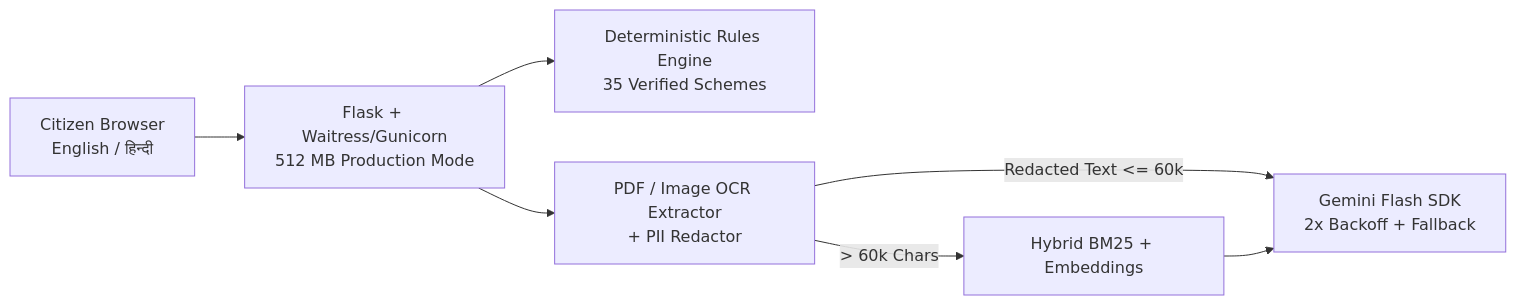
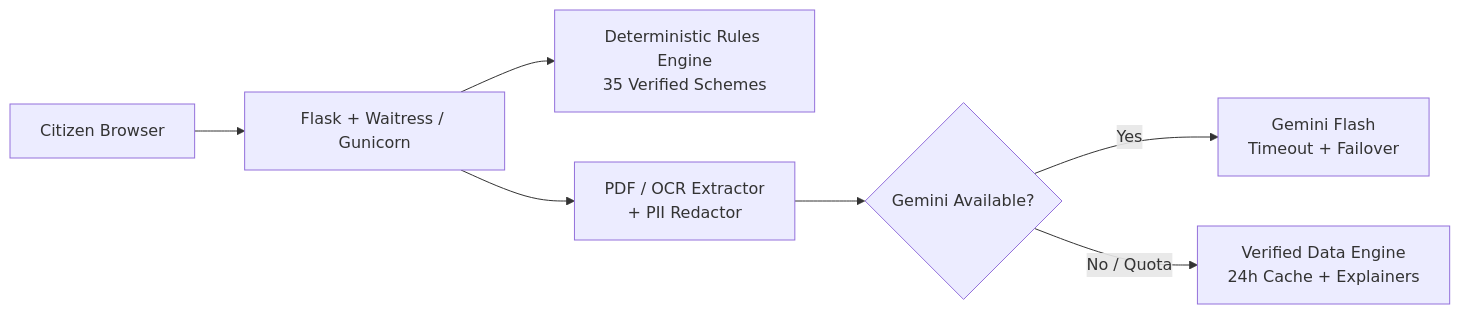
One commit to ANUSHKA13102003/ai-citizen-assistant changed the diagram in README.md. Above: the diagram before and after it, drawn with Mermaid. The commit also changed other lines of this file, not shown here.

````diff
--- a/README.md
+++ b/README.md
@@ -33,9 +31,9 @@
 ```mermaid
 flowchart LR
-    U[Citizen Browser\nEnglish / हिन्दी] --> W[Flask + Waitress/Gunicorn\n512 MB Production Mode]
-    W --> E[Deterministic Rules Engine\n35 Verified Schemes]
-    W --> D[PDF / Image OCR Extractor\n+ PII Redactor]
-    D -->|Redacted Text <= 60k| G[Gemini Flash SDK\n2x Backoff + Fallback]
-    D -->|> 60k Chars| R[Hybrid BM25 + Embeddings]
-    R --> G
+    U[Citizen Browser] --> F[Flask + Waitress / Gunicorn]
+    F --> R[Deterministic Rules Engine<br/>35 Verified Schemes]
+    F --> D[PDF / OCR Extractor<br/>+ PII Redactor]
+    D --> C{Gemini Available?}
+    C -- Yes --> G[Gemini Flash<br/>Timeout + Failover]
+    C -- No / Quota --> V[Verified Data Engine<br/>24h Cache + Explainers]
 ```
````
